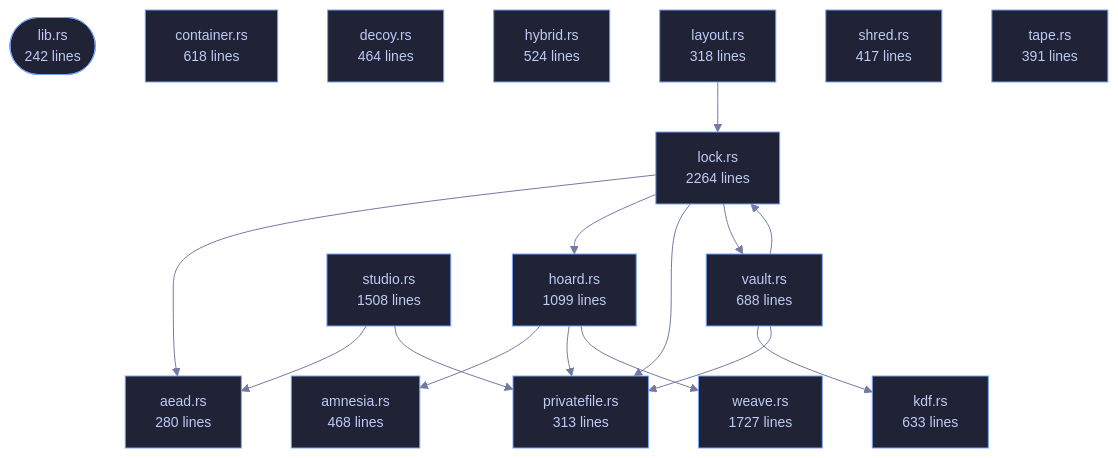
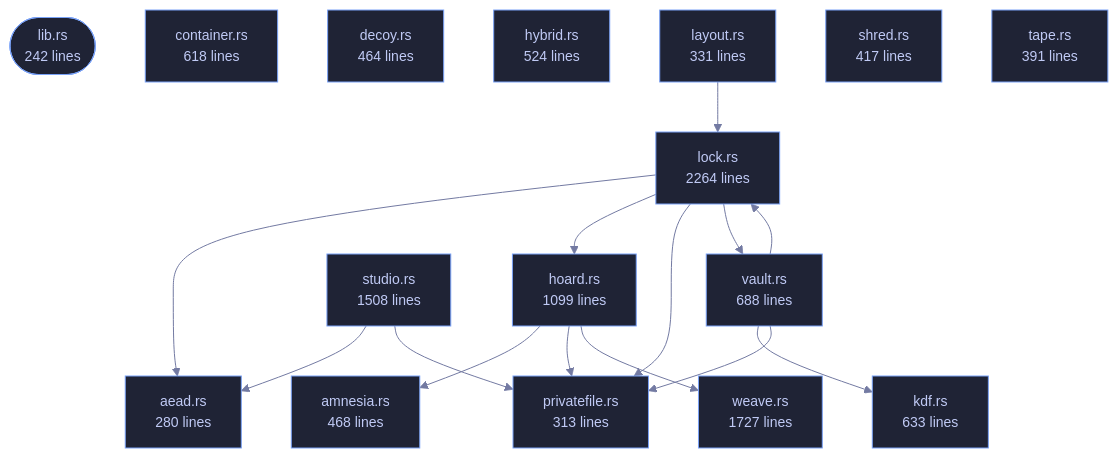
Before and after one commit to tilas01/veilvoice: the diagram in crates/veilvoice-crypto/README.md, drawn with Mermaid. The commit also changed other lines of this file and 65 other files, not shown here.

````diff
--- a/crates/veilvoice-crypto/README.md
+++ b/crates/veilvoice-crypto/README.md
@@ -108,49 +108,49 @@
 ```mermaid
 %%{init: {"theme":"base","themeVariables":{"background":"#1a1b26","primaryColor":"#1f2335","primaryTextColor":"#c0caf5","primaryBorderColor":"#7aa2f7","secondaryColor":"#16161e","tertiaryColor":"#16161e","lineColor":"#737aa2","textColor":"#c0caf5","mainBkg":"#1f2335","nodeBorder":"#7aa2f7","clusterBkg":"#16161e","clusterBorder":"#2f3549","fontFamily":"ui-monospace, SFMono-Regular, Consolas, monospace","fontSize":"14px"}}}%%
 flowchart TD
     n_lib(["lib.rs<br/>242 lines"])
     n_aead["aead.rs<br/>280 lines"]
     n_amnesia["amnesia.rs<br/>468 lines"]
     n_container["container.rs<br/>618 lines"]
     n_decoy["decoy.rs<br/>464 lines"]
     n_hoard["hoard.rs<br/>1099 lines"]
     n_hybrid["hybrid.rs<br/>524 lines"]
     n_kdf["kdf.rs<br/>633 lines"]
-    n_layout["layout.rs<br/>318 lines"]
+    n_layout["layout.rs<br/>331 lines"]
     n_lock["lock.rs<br/>2264 lines"]
     n_privatefile["privatefile.rs<br/>313 lines"]
     n_shred["shred.rs<br/>417 lines"]
     n_studio["studio.rs<br/>1508 lines"]
     n_tape["tape.rs<br/>391 lines"]
     n_vault["vault.rs<br/>688 lines"]
     n_weave["weave.rs<br/>1727 lines"]
     n_hoard --> n_amnesia
     n_hoard --> n_privatefile
     n_hoard --> n_weave
     n_layout --> n_lock
     n_lock --> n_aead
     n_lock --> n_hoard
     n_lock --> n_privatefile
     n_lock --> n_vault
     n_studio --> n_aead
     n_studio --> n_privatefile
     n_vault --> n_kdf
     n_vault --> n_lock
     n_vault --> n_privatefile
     click n_lib href "https://github.com/tilas01/veilvoice/blob/main/crates/veilvoice-crypto/src/lib.rs" "open the source"
     click n_aead href "https://github.com/tilas01/veilvoice/blob/main/crates/veilvoice-crypto/src/aead.rs" "open the source"
     click n_amnesia href "https://github.com/tilas01/veilvoice/blob/main/crates/veilvoice-crypto/src/amnesia.rs" "open the source"
     click n_container href "https://github.com/tilas01/veilvoice/blob/main/crates/veilvoice-crypto/src/container.rs" "open the source"
     click n_decoy href "https://github.com/tilas01/veilvoice/blob/main/crates/veilvoice-crypto/src/decoy.rs" "open the source"
     click n_hoard href "https://github.com/tilas01/veilvoice/blob/main/crates/veilvoice-crypto/src/hoard.rs" "open the source"
     click n_hybrid href "https://github.com/tilas01/veilvoice/blob/main/crates/veilvoice-crypto/src/hybrid.rs" "open the source"
     click n_kdf href "https://github.com/tilas01/veilvoice/blob/main/crates/veilvoice-crypto/src/kdf.rs" "open the source"
     click n_layout href "https://github.com/tilas01/veilvoice/blob/main/crates/veilvoice-crypto/src/layout.rs" "open the source"
     click n_lock href "https://github.com/tilas01/veilvoice/blob/main/crates/veilvoice-crypto/src/lock.rs" "open the source"
     click n_privatefile href "https://github.com/tilas01/veilvoice/blob/main/crates/veilvoice-crypto/src/privatefile.rs" "open the source"
     click n_shred href "https://github.com/tilas01/veilvoice/blob/main/crates/veilvoice-crypto/src/shred.rs" "open the source"
     click n_studio href "https://github.com/tilas01/veilvoice/blob/main/crates/veilvoice-crypto/src/studio.rs" "open the source"
     click n_tape href "https://github.com/tilas01/veilvoice/blob/main/crates/veilvoice-crypto/src/tape.rs" "open the source"
     click n_vault href "https://github.com/tilas01/veilvoice/blob/main/crates/veilvoice-crypto/src/vault.rs" "open the source"
     click n_weave href "https://github.com/tilas01/veilvoice/blob/main/crates/veilvoice-crypto/src/weave.rs" "open the source"
 ```
````
